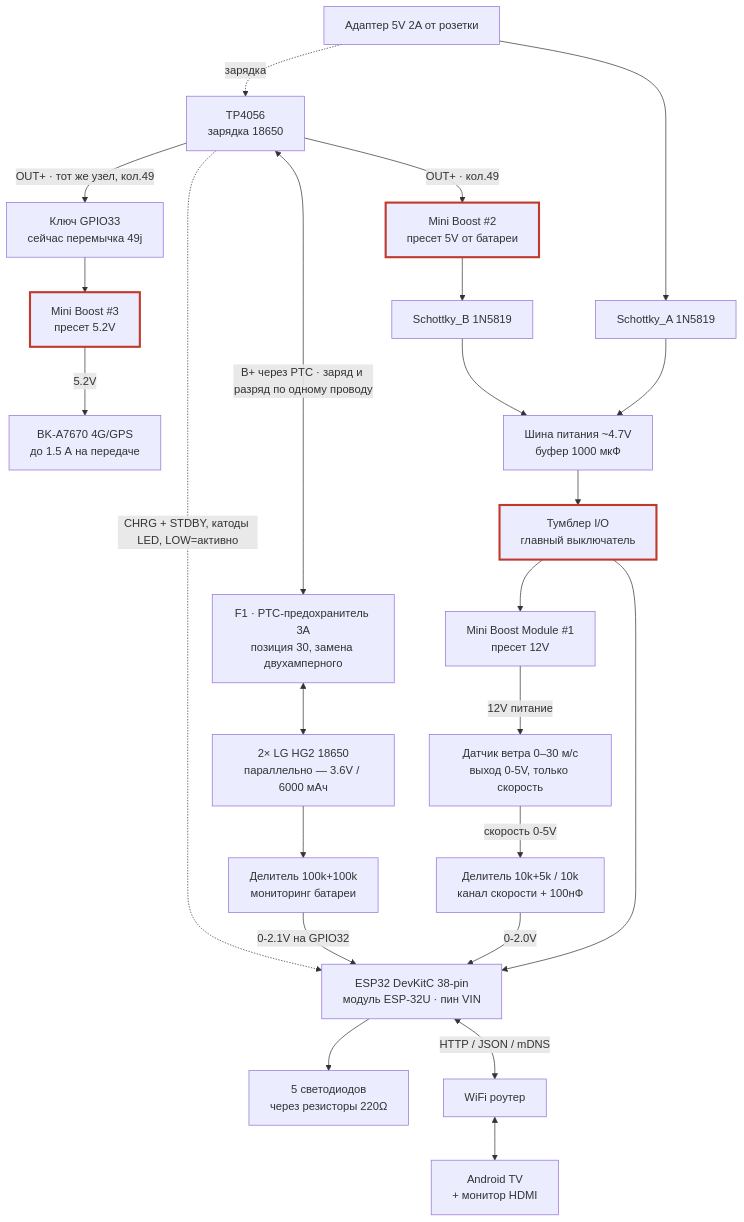
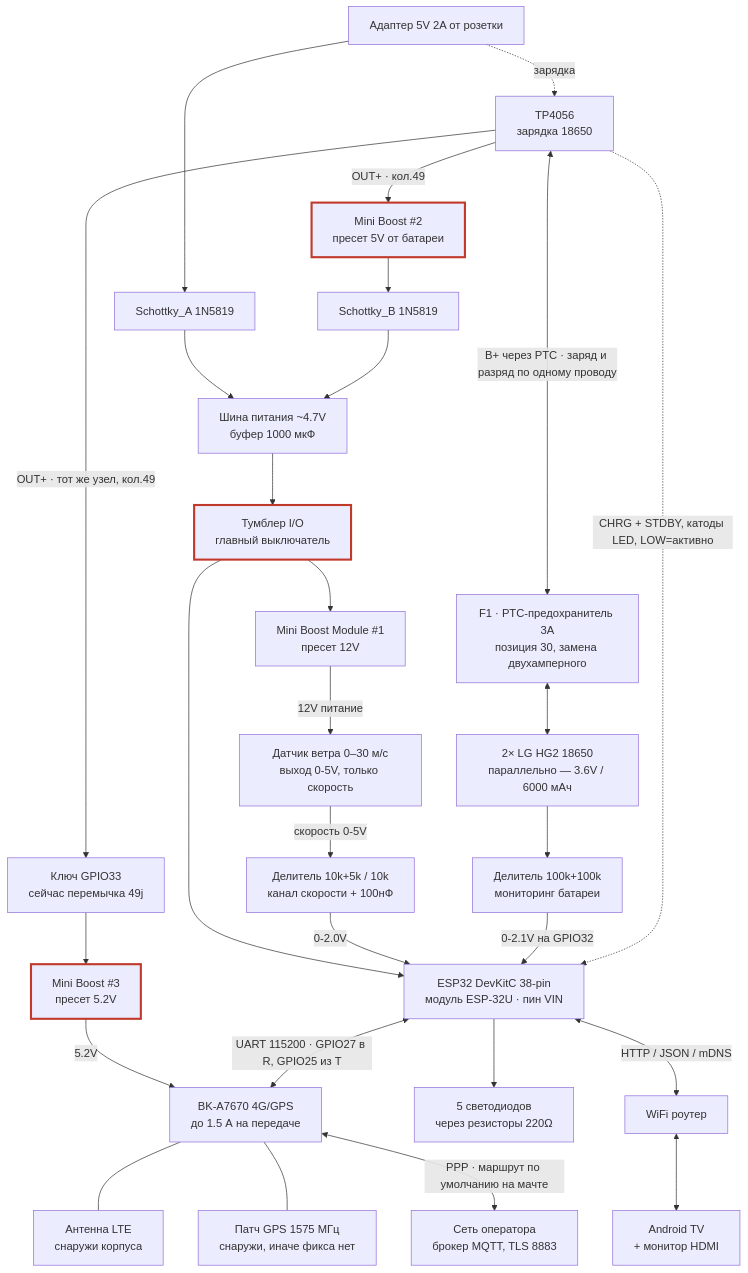
One commit to temafey/ArduinoWindStation changed the first of 2 diagrams in wind-station-assembly.md. Above: the diagram before and after it, drawn with Mermaid. The commit also changed other lines of this file and 1 other file, not shown here.

````diff
--- a/wind-station-assembly.md
+++ b/wind-station-assembly.md
@@ -121,51 +121,58 @@
 ```mermaid
 flowchart TB
     ADAPTER[Адаптер 5V 2A от розетки]
     SCHOTTKY_A[Schottky_A 1N5819]
     TP[TP4056<br/>зарядка 18650]
     PTC[F1 · PTC-предохранитель 3A<br/>позиция 30, замена двухамперного]
     BAT[2× LG HG2 18650<br/>параллельно — 3.6V / 6000 мАч]
     BOOST2[Mini Boost #2<br/>пресет 5V от батареи]
     KEY[Ключ GPIO33<br/>сейчас перемычка 49j]
     BOOST3[Mini Boost #3<br/>пресет 5.2V]
     MODEM[BK-A7670 4G/GPS<br/>до 1.5 А на передаче]
     SCHOTTKY_B[Schottky_B 1N5819]
     RAIL[Шина питания ~4.7V<br/>буфер 1000 мкФ]
     SW[Тумблер I/O<br/>главный выключатель]
     MT[Mini Boost Module #1<br/>пресет 12V]
     ESP[ESP32 DevKitC 38-pin<br/>модуль ESP-32U · пин VIN]
     SENSOR[Датчик ветра 0–30 м/с<br/>выход 0-5V, только скорость]
     DIV1[Делитель 10k+5k / 10k<br/>канал скорости + 100нФ]
     BATDIV[Делитель 100k+100k<br/>мониторинг батареи]
     LEDS[5 светодиодов<br/>через резисторы 220Ω]
+    ANT_LTE[Антенна LTE<br/>снаружи корпуса]
+    ANT_GPS[Патч GPS 1575 МГц<br/>снаружи, иначе фикса нет]
     WIFI[WiFi роутер]
     TV[Android TV<br/>+ монитор HDMI]
+    BROKER[Сеть оператора<br/>брокер MQTT, TLS 8883]
 
     ADAPTER --> SCHOTTKY_A
     SCHOTTKY_A --> RAIL
     ADAPTER -.зарядка.-> TP
     TP <-->|B+ через PTC · заряд и разряд по одному проводу| PTC
     PTC <--> BAT
     TP -->|OUT+ · кол.49| BOOST2
     TP -->|OUT+ · тот же узел, кол.49| KEY
     KEY --> BOOST3
     BOOST3 -->|5.2V| MODEM
     BOOST2 --> SCHOTTKY_B
     SCHOTTKY_B --> RAIL
     RAIL --> SW
     SW --> ESP
     SW --> MT
     MT -->|12V питание| SENSOR
     SENSOR -->|скорость 0-5V| DIV1
     DIV1 -->|0-2.0V| ESP
     BAT --> BATDIV
     BATDIV -->|0-2.1V на GPIO32| ESP
     TP -.CHRG + STDBY, катоды LED, LOW=активно.-> ESP
     ESP --> LEDS
+    ESP <-->|UART 115200 · GPIO27 в R, GPIO25 из T| MODEM
+    MODEM --- ANT_LTE
+    MODEM --- ANT_GPS
+    MODEM <-->|PPP · маршрут по умолчанию на мачте| BROKER
     ESP <-->|HTTP / JSON / mDNS| WIFI
     WIFI <--> TV
 
     style SW stroke:#c0392b,stroke-width:3px
     style BOOST2 stroke:#c0392b,stroke-width:3px
     style BOOST3 stroke:#c0392b,stroke-width:3px
 ```
````
